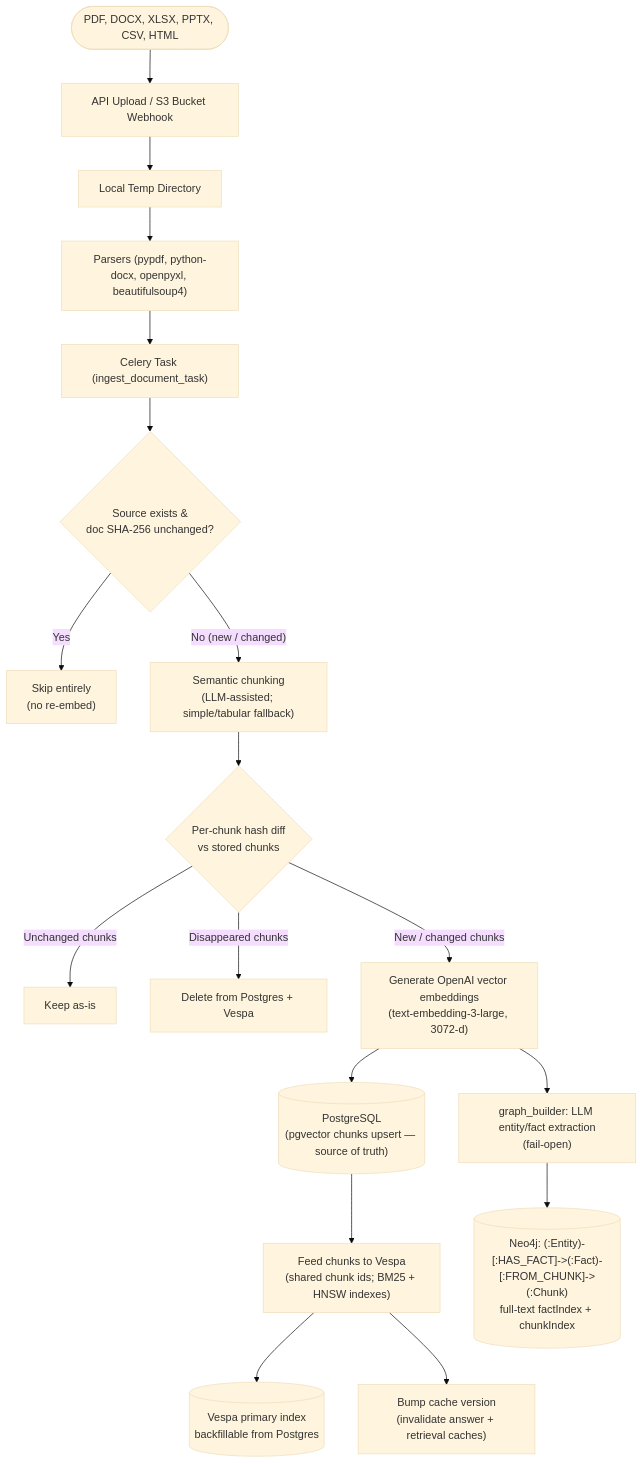
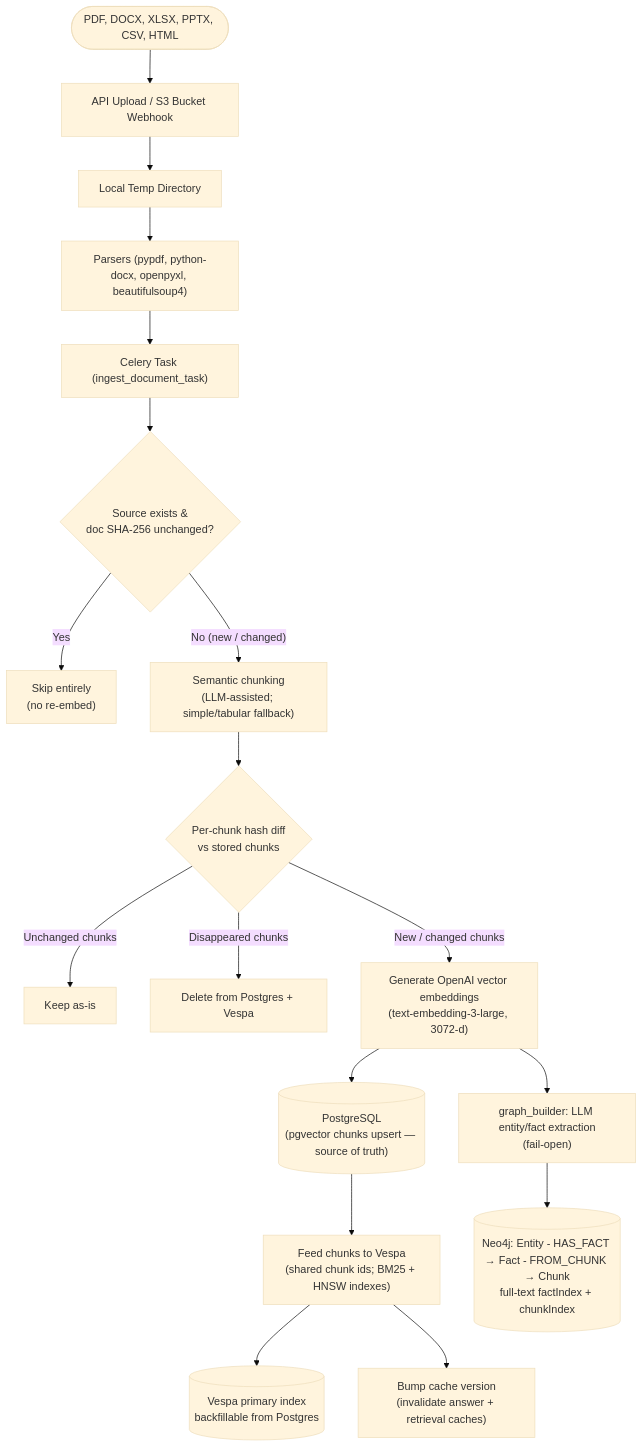
The fifth of 6 diagrams in README.md (Novatech240/Agentic_RAG_backend), drawn with Mermaid (base theme) before and after one commit. The commit also changed other lines of this file, not shown here.

````diff
--- a/README.md
+++ b/README.md
@@ -237,23 +237,23 @@
 ```mermaid
 graph TD
     Doc([PDF, DOCX, XLSX, PPTX, CSV, HTML]) --> Upload["API Upload / S3 Bucket Webhook"]
     Upload --> Temp["Local Temp Directory"]
     Temp --> Parse["Parsers (pypdf, python-docx, openpyxl, beautifulsoup4)"]
     Parse --> CeleryTask["Celery Task (ingest_document_task)"]
 
     CeleryTask --> DocHash{"Source exists &<br/>doc SHA-256 unchanged?"}
     DocHash -->|Yes| Skip["Skip entirely<br/>(no re-embed)"]
     DocHash -->|"No (new / changed)"| Chunk["Semantic chunking<br/>(LLM-assisted; simple/tabular fallback)"]
 
     Chunk --> Diff{"Per-chunk hash diff<br/>vs stored chunks"}
     Diff -->|Unchanged chunks| Keep["Keep as-is"]
     Diff -->|Disappeared chunks| Del["Delete from Postgres + Vespa"]
     Diff -->|New / changed chunks| Embed["Generate OpenAI vector embeddings<br/>(text-embedding-3-large, 3072-d)"]
 
     Embed --> Postgres[("PostgreSQL<br/>(pgvector chunks upsert — source of truth)")]
     Postgres --> Feed["Feed chunks to Vespa<br/>(shared chunk ids; BM25 + HNSW indexes)"]
     Feed --> VespaIdx[("Vespa primary index<br/>backfillable from Postgres")]
     Embed --> GraphBuild["graph_builder: LLM entity/fact extraction<br/>(fail-open)"]
-    GraphBuild --> Neo4jOut[("Neo4j: (:Entity)-[:HAS_FACT]->(:Fact)-[:FROM_CHUNK]->(:Chunk)<br/>full-text factIndex + chunkIndex")]
+    GraphBuild --> Neo4jOut[("Neo4j: Entity - HAS_FACT → Fact - FROM_CHUNK → Chunk<br/>full-text factIndex + chunkIndex")]
     Feed --> Bump["Bump cache version<br/>(invalidate answer + retrieval caches)"]
 ```
````
